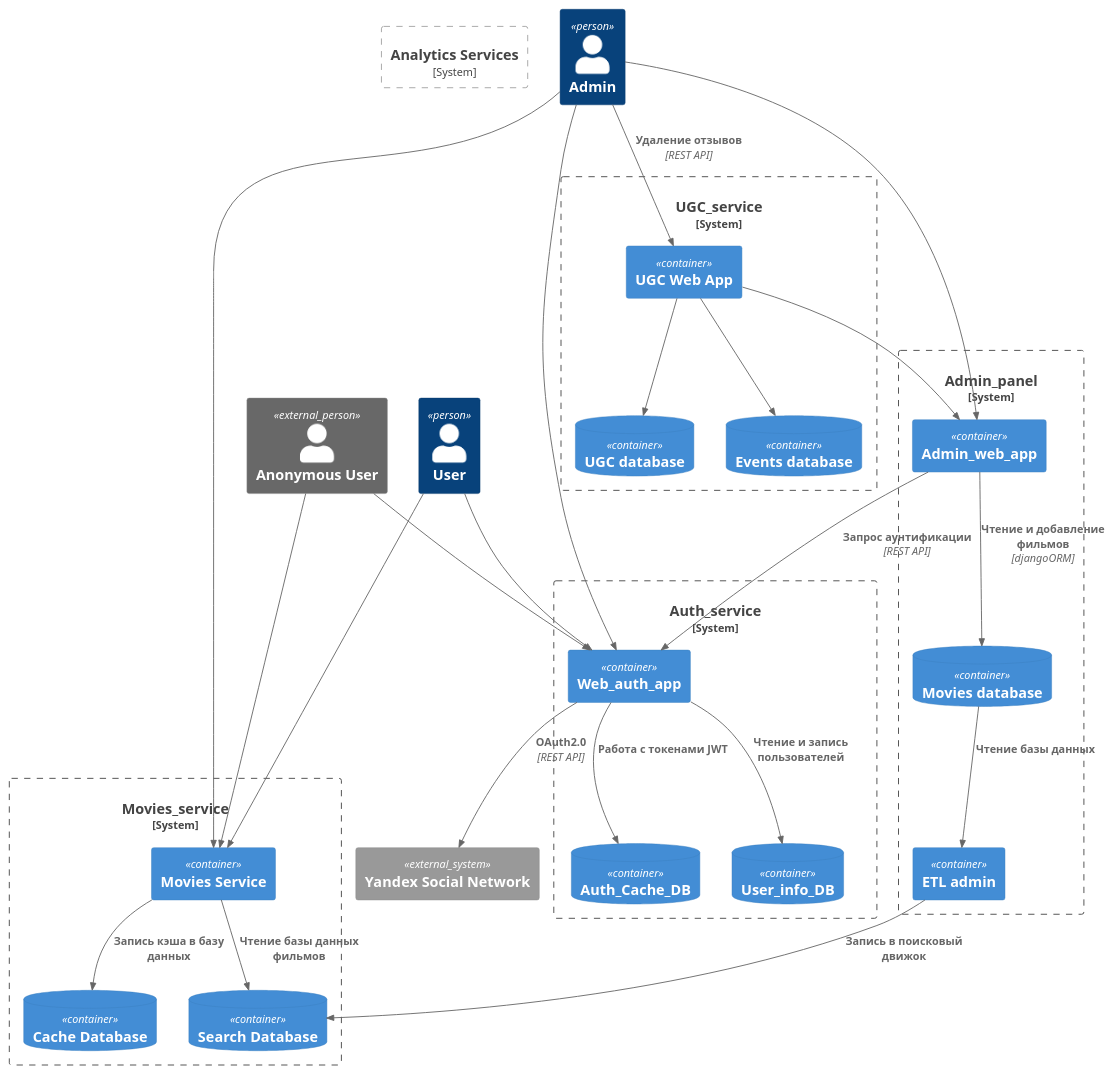
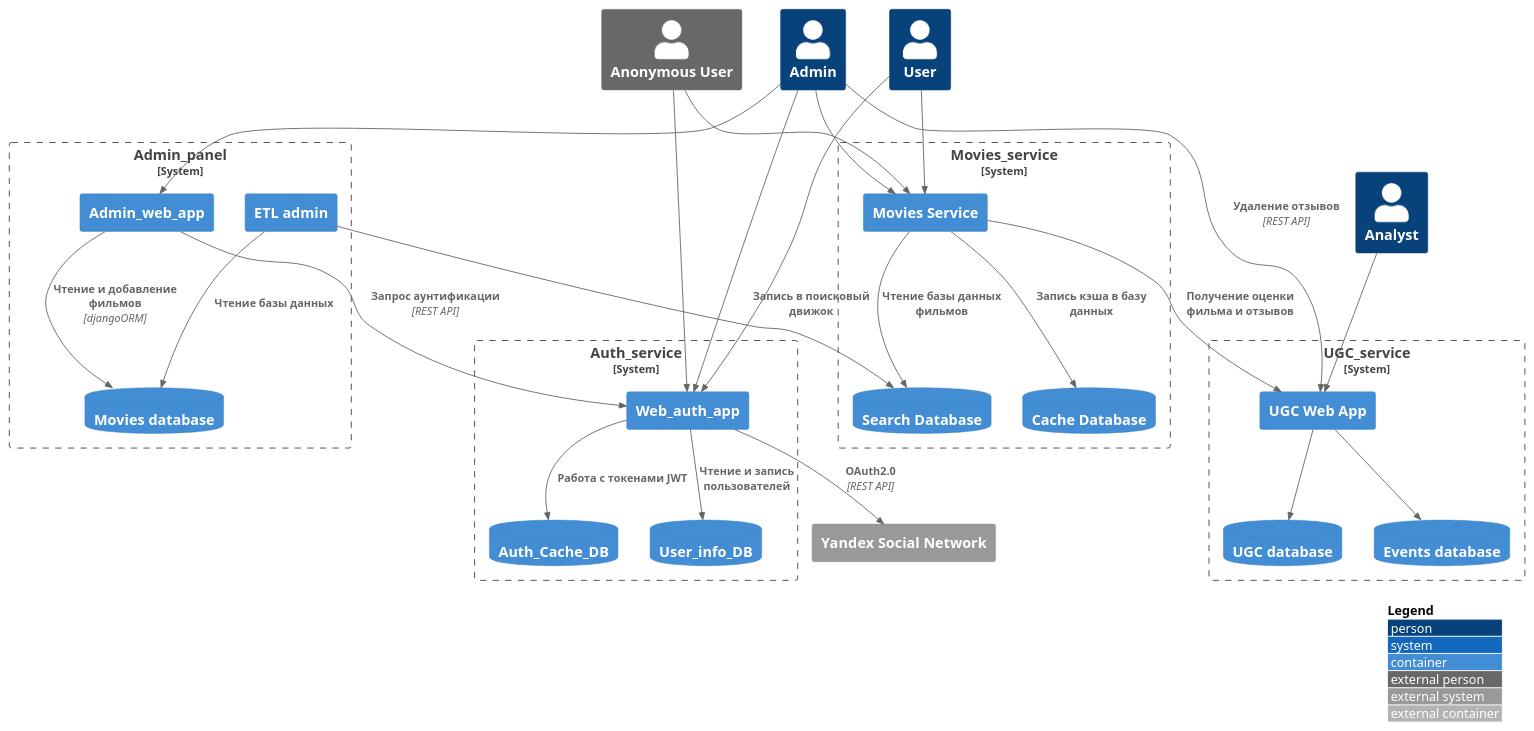
Before and after one commit to konarlook/ugc_sprint_1: the diagram in ugc/docs/arc/ugc_1_system_context.puml, drawn with PlantUML. The commit also changed 2 other files, not shown here.

Commit message:
feat(03_arc_diagram):add C2 architecture diagram

```diff
--- a/ugc/docs/arc/ugc_1_system_context.puml
+++ b/ugc/docs/arc/ugc_1_system_context.puml
@@ -1,69 +1,69 @@
 @startuml system-context
 !include https://raw.githubusercontent.com/plantuml-stdlib/C4-PlantUML/master/C4_Container.puml
 
+LAYOUT_TOP_DOWN()
+LAYOUT_WITH_LEGEND()
+
+Person(admin, "Admin")
+Person(analyst, "Analyst")
 Person(user, "User")
-Person(admin, "Admin")
 Person_Ext(anonim, "Anonymous User")
+
 
 System_Boundary(admin_panel, "Admin_panel"){
     Container(web_app, "Admin_web_app")
     ContainerDb(movies_db, "Movies database")
     Container(etl_admin, "ETL admin")
 }
 System_Boundary(auth_service, "Auth_service"){
     ContainerDb(cache_auth_db, "Auth_Cache_DB")
     ContainerDb(user_auth_db, "User_info_DB")
     Container(web_auth, "Web_auth_app")
 }
 
 System_Boundary(movies_service, "Movies_service"){
     ContainerDb(search_db, "Search Database")
     ContainerDb(cache_db, "Cache Database")
     Container(movies_app, "Movies Service")
 }
 
 System_Boundary(ugc_service, "UGC_service"){
     ContainerDb(ugc_db, "UGC database")
     Container(ugc_web_app, "UGC Web App")
     ContainerDb(events_db, "Events database")
 }
-
-System_Boundary(infra_service, "Analytics Services"){
-
-
-}
-
 System_Ext(yandex_soc, "Yandex Social Network")
 
 
 Rel(web_app, movies_db, "Чтение и добавление фильмов", djangoORM)
-Rel(movies_db, etl_admin, "Чтение базы данных")
+Rel(etl_admin, movies_db, "Чтение базы данных")
 Rel(etl_admin, search_db, "Запись в поисковый движок")
 
 Rel(movies_app, cache_db, "Запись кэша в базу данных")
 Rel(movies_app, search_db, "Чтение базы данных фильмов")
 
 Rel(web_auth, cache_auth_db, "Работа с токенами JWT")
 Rel(web_auth, user_auth_db, "Чтение и запись пользователей")
 Rel(web_auth, yandex_soc, "OAuth2.0", "REST API")
 Rel(web_app, web_auth, "Запрос аунтификации", "REST API")
 
 Rel(user, web_auth,)
 Rel(user, movies_app,)
 
 Rel(anonim, web_auth,)
 Rel(anonim, movies_app,)
 
 Rel(admin, web_auth,)
 Rel(admin, movies_app,)
 Rel(admin, web_app,)
+Rel(analyst, ugc_web_app,)
 
 Rel(ugc_web_app, events_db, "")
 Rel(ugc_web_app, ugc_db, "")
-Rel(ugc_web_app, web_app,)
+Rel(movies_app, ugc_web_app, "Получение оценки фильма и отзывов")
 
 Rel(admin, ugc_web_app, "Удаление отзывов", "REST API")
 
 
 
 @enduml
```
